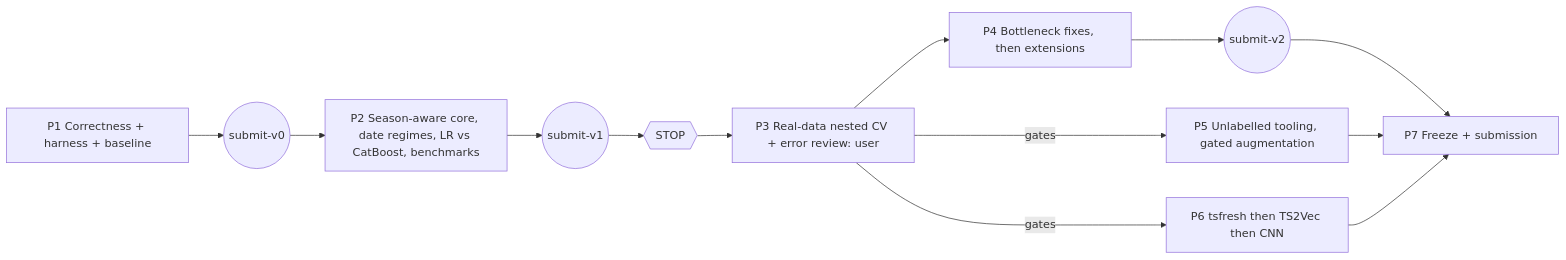
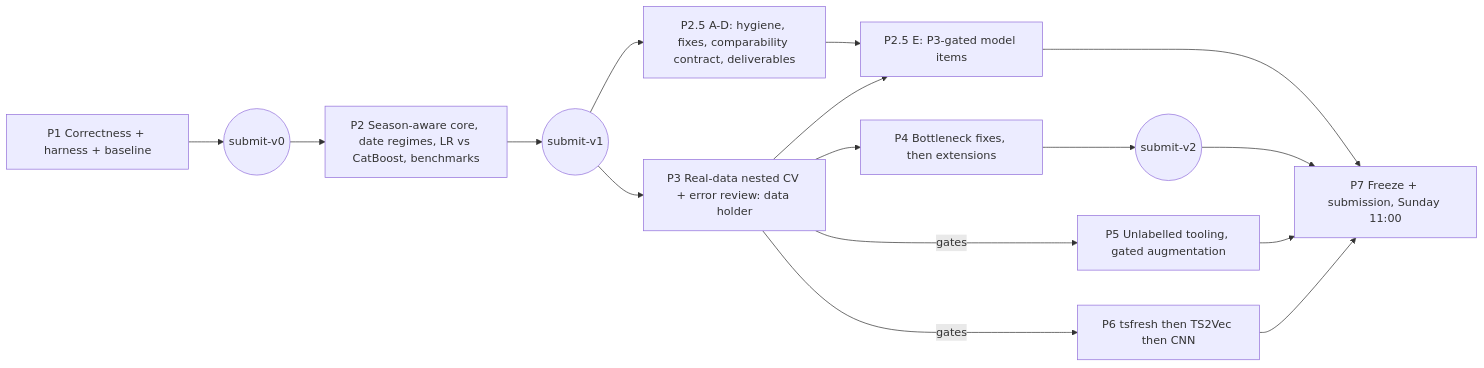
Before and after one commit to neural-wave/ch-TokenLarpers: the diagram in IMPLEMENTATION_HANDOFF.md, drawn with Mermaid. The commit also changed other lines of this file and 1 other file, not shown here.

Commit message:
plan v3.1: phase 2.5 from review round 4 (hygiene, three fixes, comparability contract, deliverables, gated model items)

````diff
--- a/IMPLEMENTATION_HANDOFF.md
+++ b/IMPLEMENTATION_HANDOFF.md
@@ -69,10 +82,12 @@
 ```mermaid
 flowchart LR
   P1[P1 Correctness + harness + baseline] --> T0((submit-v0))
   T0 --> P2[P2 Season-aware core, date regimes, LR vs CatBoost, benchmarks] --> T1((submit-v1))
-  T1 --> STOP{{STOP}} --> P3[P3 Real-data nested CV + error review: user]
+  T1 --> P25A[P2.5 A-D: hygiene, fixes, comparability contract, deliverables]
+  T1 --> P3[P3 Real-data nested CV + error review: data holder]
+  P25A & P3 --> P25E[P2.5 E: P3-gated model items]
   P3 --> P4[P4 Bottleneck fixes, then extensions] --> T2((submit-v2))
   P3 -- gates --> P5[P5 Unlabelled tooling, gated augmentation]
   P3 -- gates --> P6[P6 tsfresh then TS2Vec then CNN]
-  T2 & P5 & P6 --> P7[P7 Freeze + submission]
+  P25E & T2 & P5 & P6 --> P7[P7 Freeze + submission, Sunday 11:00]
 ```
````
